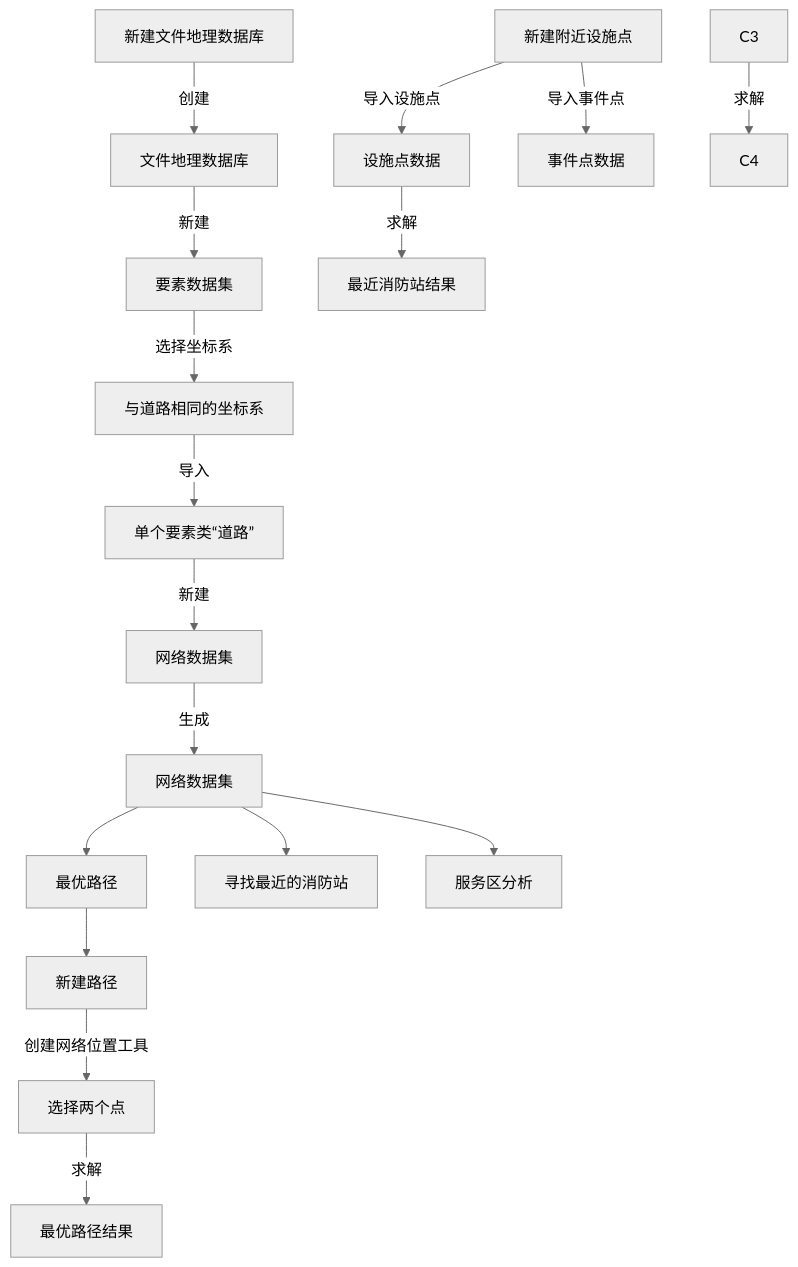
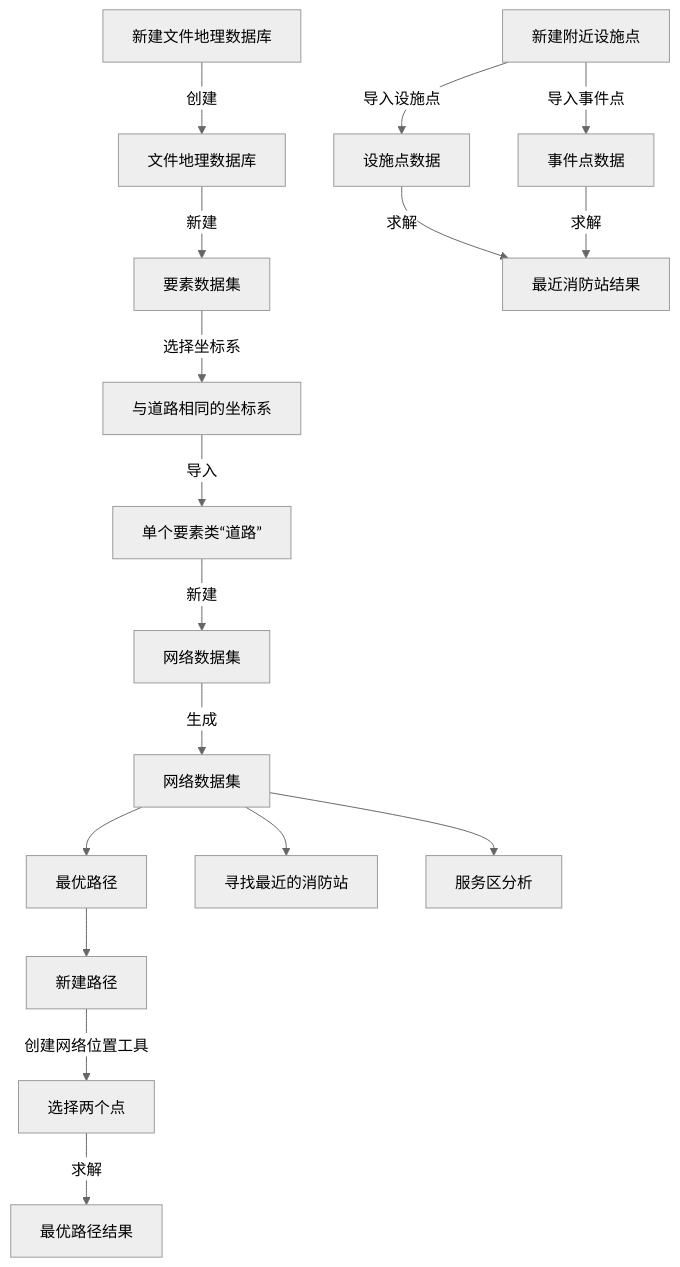
Before and after one commit to newguser/iodraw-files: the diagram in all/未命名.md, drawn with Mermaid (neutral theme).

Commit message:
2025-02-27 21:17:06 update

````diff
--- a/all/未命名.md
+++ b/all/未命名.md
@@ -1,19 +1,20 @@
 ```mermaid
 graph TD
     A[新建文件地理数据库] -->|创建| B[文件地理数据库]
     B -->|新建| C[要素数据集]
     C -->|选择坐标系| D[与道路相同的坐标系]
     D -->|导入| E[单个要素类“道路”]
     E -->|新建| F[网络数据集]
     F -->|生成| G[网络数据集]
     G[网络数据集] -->H[最优路径]
     G[网络数据集] -->I[寻找最近的消防站]
     G[网络数据集] -->J[服务区分析]
     H[最优路径]-->H1[新建路径]
     H1[新建路径] -->|创建网络位置工具| H2[选择两个点]
         H2 -->|求解| H3[最优路径结果]
+        
     I1[新建附近设施点] -->|导入设施点| I2[设施点数据]
         I1 -->|导入事件点| I3[事件点数据]
         I2 -->|求解| I4[最近消防站结果]
-        C3 -->|求解| C4
+        I3 -->|求解| I4
 ```
````
